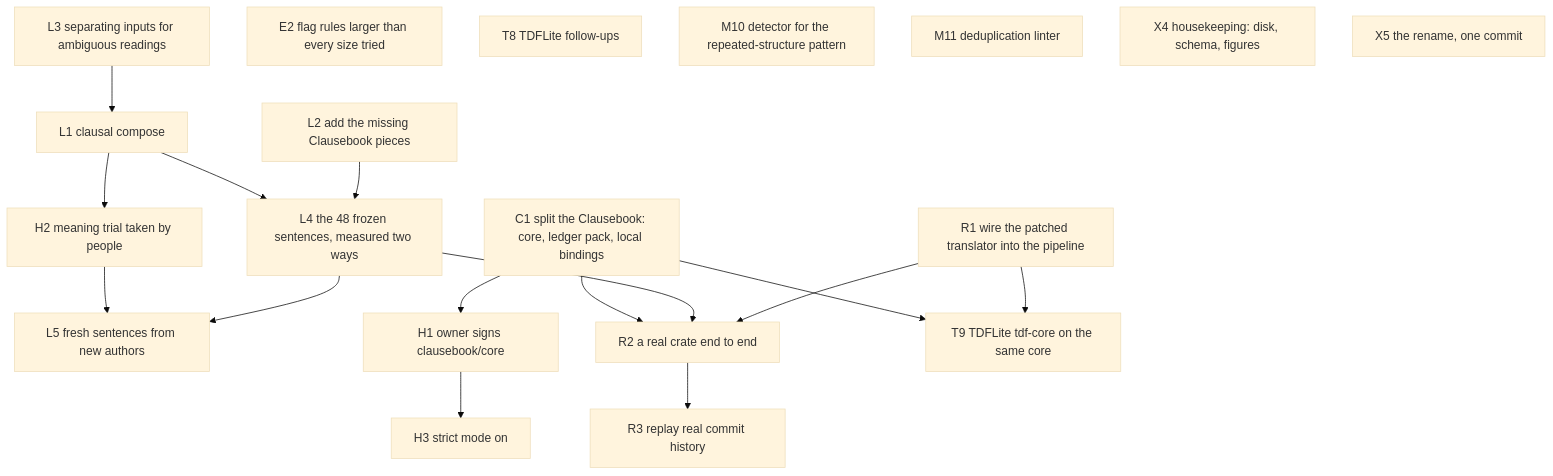
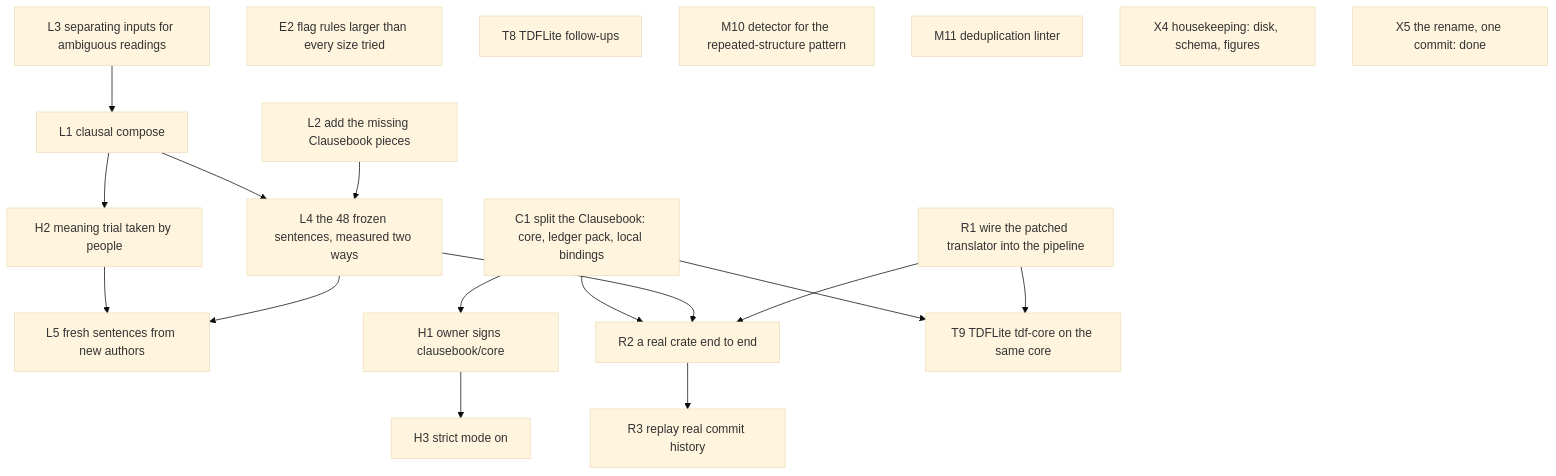
Before and after one commit to willackerly/clausal: the first of 2 diagrams in docs/PLAN.md, drawn with Mermaid (base theme). The commit also changed other lines of this file and 37 other files, not shown here.

````diff
--- a/docs/PLAN.md
+++ b/docs/PLAN.md
@@ -50,23 +50,23 @@
 ```mermaid
 graph TD
   L2[L2 add the missing Clausebook pieces] --> L4[L4 the 48 frozen sentences, measured two ways]
   L3[L3 separating inputs for ambiguous readings] --> L1[L1 clausal compose]
   L1 --> L4
   L4 --> L5[L5 fresh sentences from new authors]
   C1[C1 split the Clausebook: core, ledger pack, local bindings] --> H1[H1 owner signs clausebook/core]
   H1 --> H3[H3 strict mode on]
   L1 --> H2[H2 meaning trial taken by people]
   H2 --> L5
   R1[R1 wire the patched translator into the pipeline] --> R2[R2 a real crate end to end]
   L4 --> R2
   C1 --> R2
   R2 --> R3[R3 replay real commit history]
   R1 --> T9[T9 TDFLite tdf-core on the same core]
   C1 --> T9
   E2[E2 flag rules larger than every size tried]
   T8[T8 TDFLite follow-ups]
   M10[M10 detector for the repeated-structure pattern]
   M11[M11 deduplication linter]
   X4[X4 housekeeping: disk, schema, figures]
-  X5[X5 the rename, one commit]
+  X5[X5 the rename, one commit: done]
 ```
````
